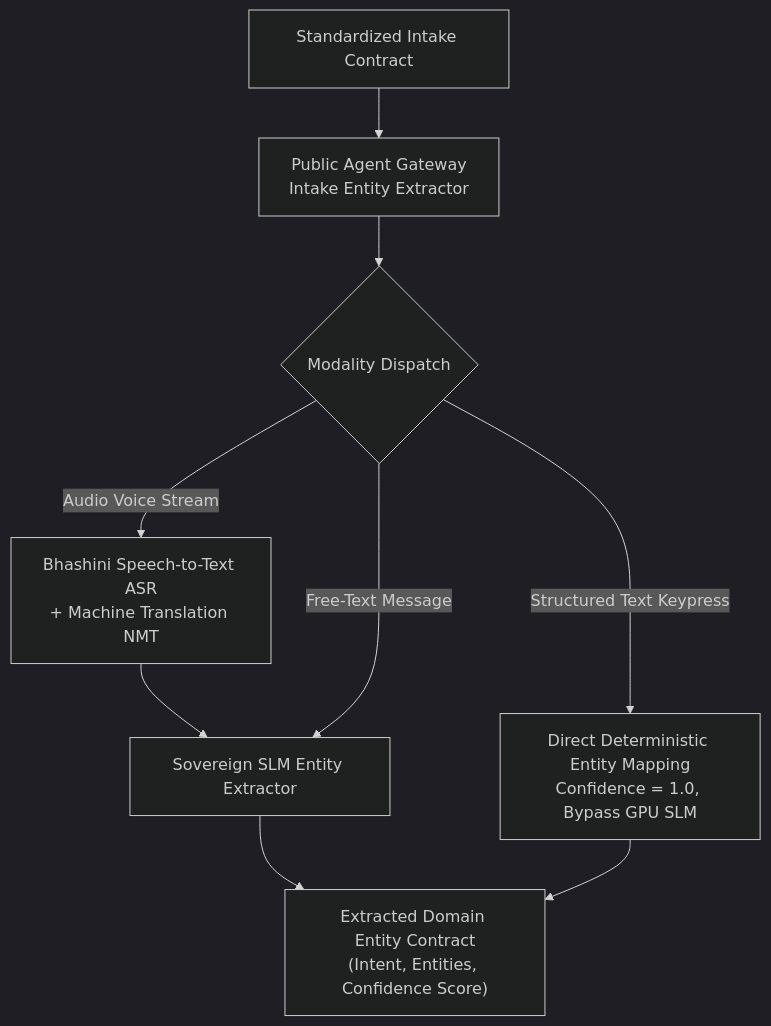
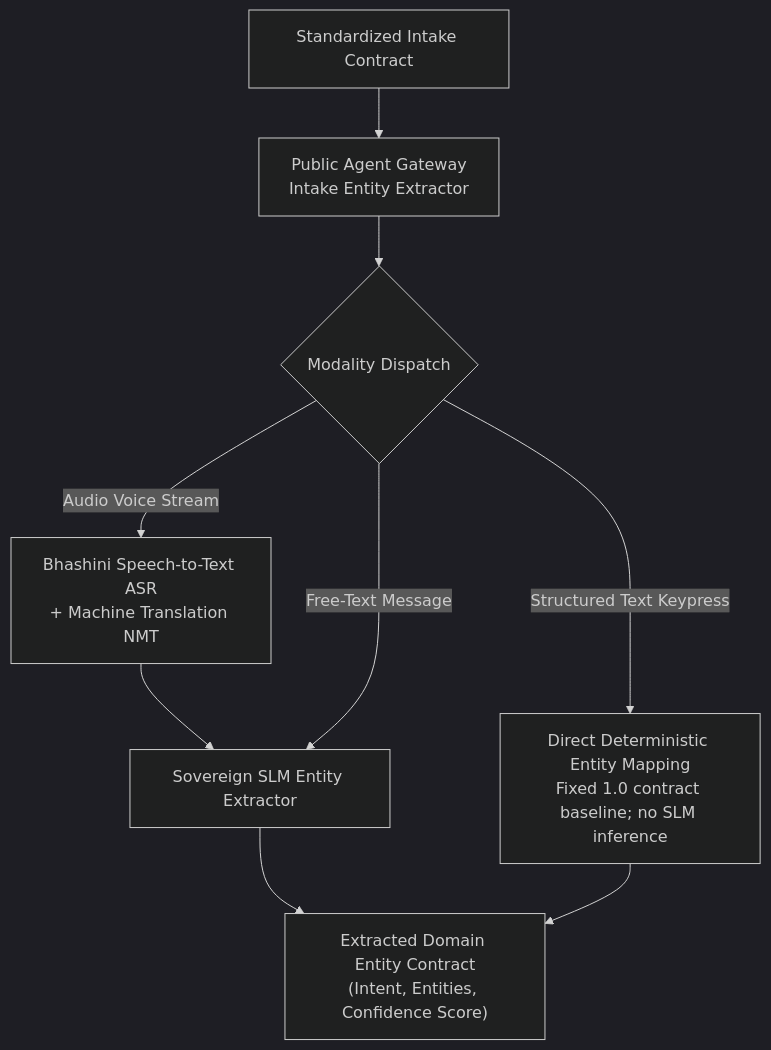
One commit to gargmishu/agristack-dbt-core changed the third of 7 diagrams in docs/end_to_end_code_flow.md. Above: the diagram before and after it, drawn with Mermaid (dark theme). The commit also changed other lines of this file, not shown here.

Commit message:
refactor: enhance clarity and accuracy in end-to-end code flow documentation

````diff
--- a/docs/end_to_end_code_flow.md
+++ b/docs/end_to_end_code_flow.md
@@ -123,13 +122,13 @@
 ```mermaid
 flowchart TD
     H["Standardized Intake Contract"] --> I["Public Agent Gateway<br/>Intake Entity Extractor"]
 
     I --> O{"Modality Dispatch"}
     O -- "Audio Voice Stream" --> P["Bhashini Speech-to-Text ASR<br/>+ Machine Translation NMT"]
     P --> Q["Sovereign SLM Entity Extractor"]
-    O -- "Structured Text Keypress" --> R["Direct Deterministic Entity Mapping<br/>Confidence = 1.0, Bypass GPU SLM"]
+    O -- "Structured Text Keypress" --> R["Direct Deterministic Entity Mapping<br/>Fixed 1.0 contract baseline; no SLM inference"]
     O -- "Free-Text Message" --> Q
 
     Q --> S["Extracted Domain Entity Contract<br/>(Intent, Entities, Confidence Score)"]
     R --> S
 ```
````
